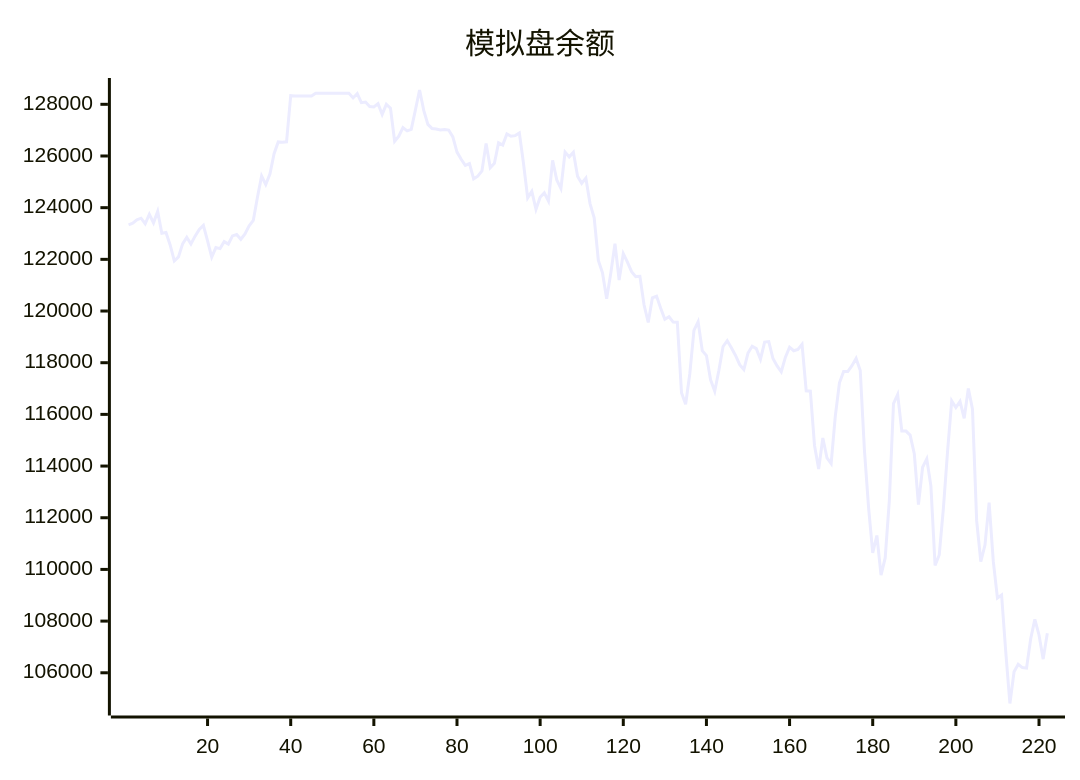
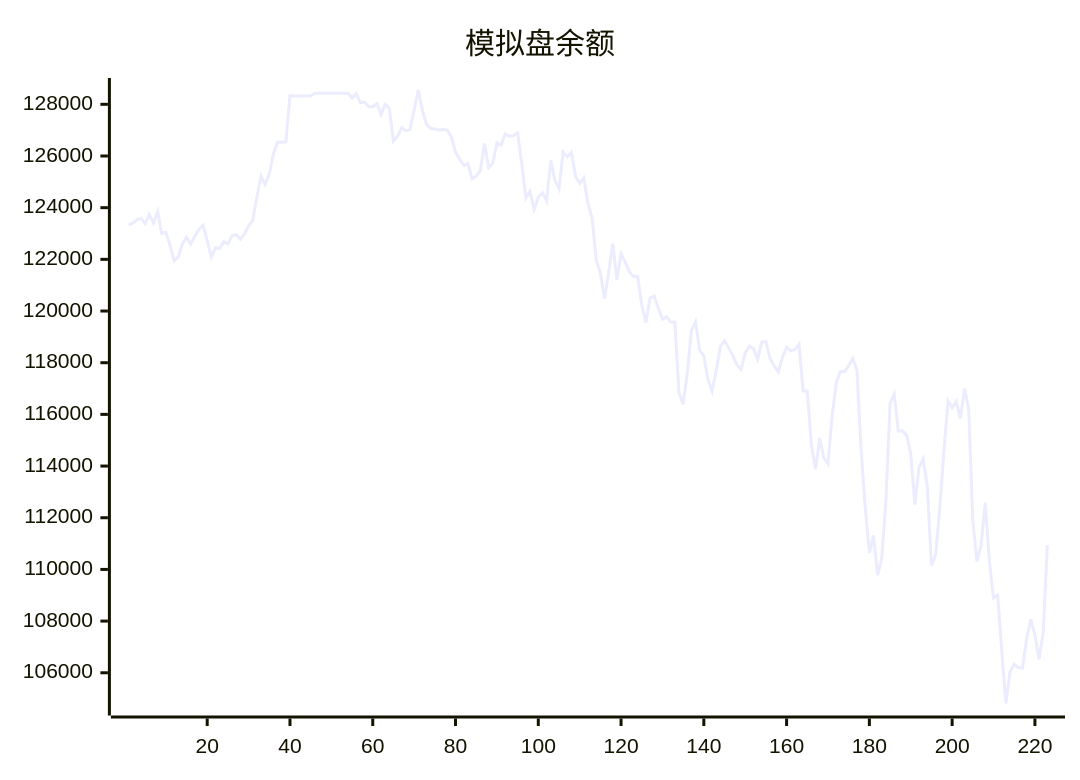
One commit to aahl/ai-trading changed the diagram in README.md. Above: the diagram before and after it, drawn with Mermaid. The commit also changed other lines of this file and 1 other file, not shown here.

````diff
--- a/README.md
+++ b/README.md
@@ -5,5 +5,5 @@
 ```mermaid
 xychart
     title "模拟盘余额"
-    line [123338,123402,123530,123592,123378,123745,123413,123853,123009,123040,122557,121938,122095,122599,122856,122597,122898,123160,123319,122719,122087,122454,122416,122685,122592,122907,122961,122776,122981,123295,123507,124403,125224,124894,125303,126088,126544,126534,126549,128335,128318,128318,128318,128318,128318,128424,128424,128424,128424,128424,128424,128424,128424,128424,128247,128412,128062,128087,127917,127901,128026,127611,128000,127850,126572,126770,127100,126971,127029,127783,128554,127765,127224,127064,127044,127009,127025,127004,126738,126152,125871,125635,125707,125117,125217,125420,126480,125545,125715,126511,126424,126856,126764,126788,126890,125710,124381,124632,123936,124402,124574,124256,125833,125070,124739,126154,125966,126145,125213,124943,125143,124157,123604,121959,121476,120476,121470,122610,121201,122221,121889,121522,121332,121344,120232,119559,120513,120577,120108,119680,119777,119572,119568,116839,116392,117573,119250,119585,118469,118277,117338,116897,117706,118628,118849,118579,118280,117926,117735,118373,118639,118544,118136,118798,118819,118162,117874,117649,118215,118601,118463,118517,118713,116911,116899,114798,113887,115084,114313,114091,115934,117221,117658,117658,117883,118164,117693,114632,112403,110644,111313,109777,110444,112673,116419,116772,115355,115355,115198,114476,112510,113954,114276,113223,110151,110561,112361,114562,116522,116265,116500,115845,117000,116199,111887,110306,110942,112588,110318,108891,109011,106814,104811,106038,106327,106201,106180,107315,108068,107463,106528,107530]
+    line [123338,123402,123530,123592,123378,123745,123413,123853,123009,123040,122557,121938,122095,122599,122856,122597,122898,123160,123319,122719,122087,122454,122416,122685,122592,122907,122961,122776,122981,123295,123507,124403,125224,124894,125303,126088,126544,126534,126549,128335,128318,128318,128318,128318,128318,128424,128424,128424,128424,128424,128424,128424,128424,128424,128247,128412,128062,128087,127917,127901,128026,127611,128000,127850,126572,126770,127100,126971,127029,127783,128554,127765,127224,127064,127044,127009,127025,127004,126738,126152,125871,125635,125707,125117,125217,125420,126480,125545,125715,126511,126424,126856,126764,126788,126890,125710,124381,124632,123936,124402,124574,124256,125833,125070,124739,126154,125966,126145,125213,124943,125143,124157,123604,121959,121476,120476,121470,122610,121201,122221,121889,121522,121332,121344,120232,119559,120513,120577,120108,119680,119777,119572,119568,116839,116392,117573,119250,119585,118469,118277,117338,116897,117706,118628,118849,118579,118280,117926,117735,118373,118639,118544,118136,118798,118819,118162,117874,117649,118215,118601,118463,118517,118713,116911,116899,114798,113887,115084,114313,114091,115934,117221,117658,117658,117883,118164,117693,114632,112403,110644,111313,109777,110444,112673,116419,116772,115355,115355,115198,114476,112510,113954,114276,113223,110151,110561,112361,114562,116522,116265,116500,115845,117000,116199,111887,110306,110942,112588,110318,108891,109011,106814,104811,106038,106327,106201,106180,107315,108068,107463,106528,107530,110941]
 ```
````
